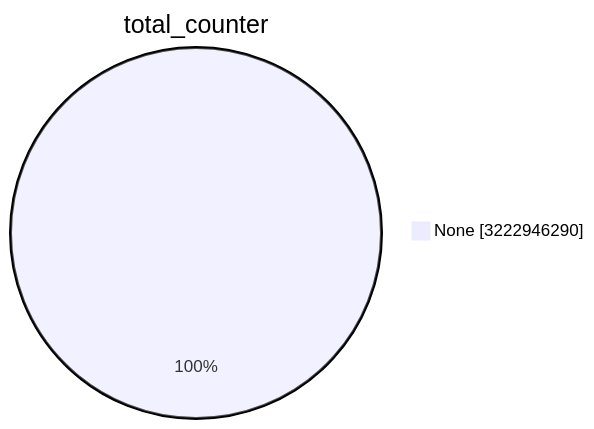
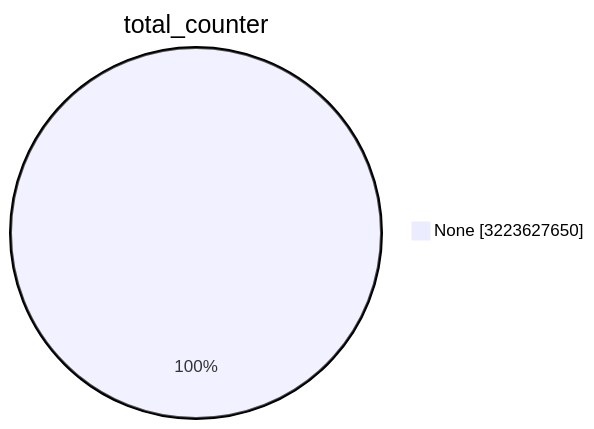
The first of 15 diagrams in TOTAL/README.md (christiankrug/ctmonitor_visualization), drawn with Mermaid before and after one commit. The commit also changed other lines of this file, not shown here.

````diff
--- a/TOTAL/README.md
+++ b/TOTAL/README.md
@@ -1,5 +1,5 @@
 ```mermaid
 pie showData
 title total_counter
-"None" :3222946290
+"None" :3223627650
 ```
````
